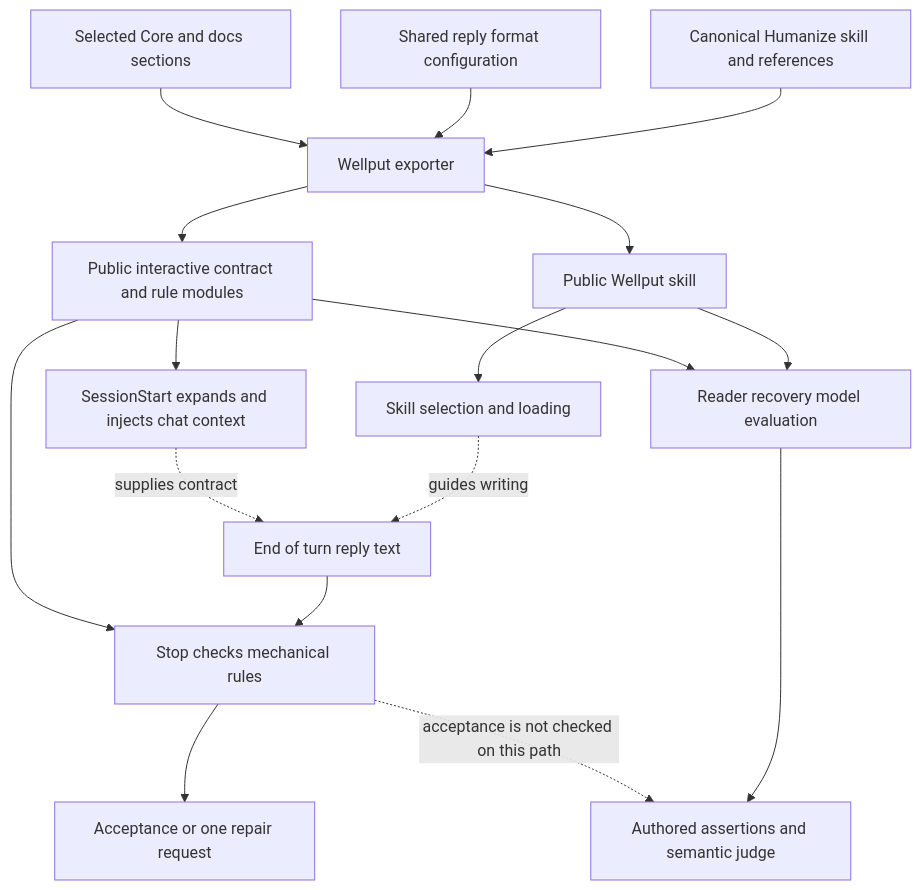
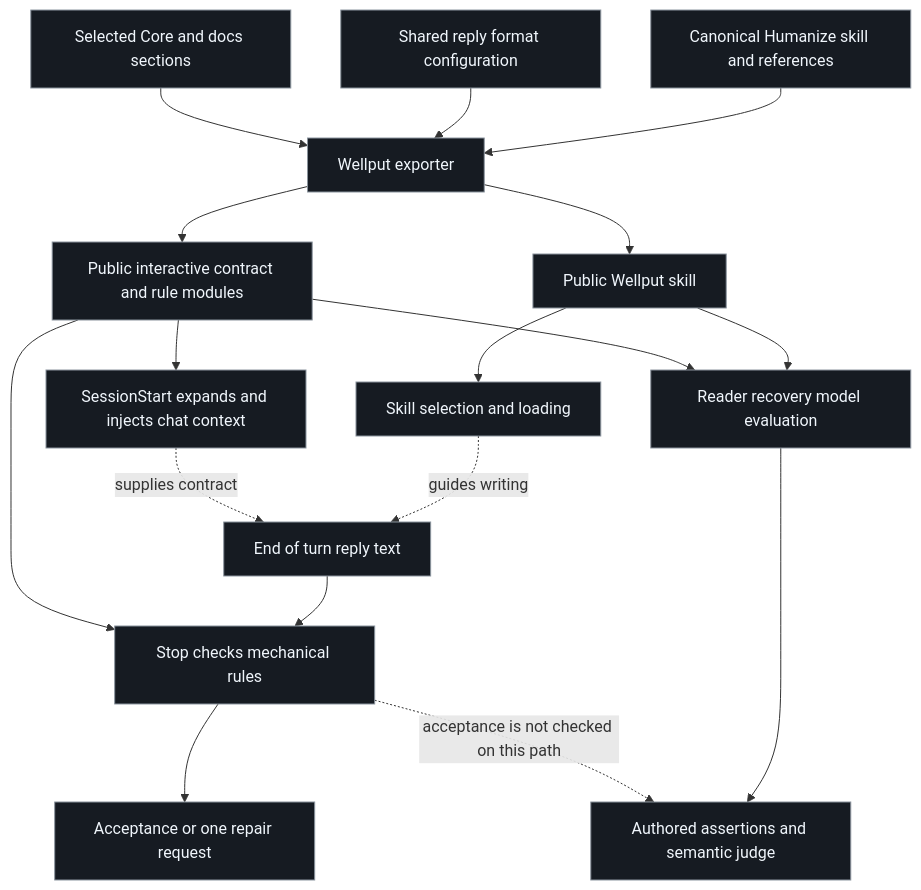
The diagram in agent-harness/agent-instructions/wellput-plugin/skill-audit/relationships.md (Castrozan/.dotfiles), drawn with Mermaid before and after one commit.

Commit message:
docs(wellput): improve audit diagram contrast
Agent-Machine: chise
Agent-Resume: codex resume 01a14c69-c86d-7852-a3d6-436312ba836e

````diff
--- a/agent-harness/agent-instructions/wellput-plugin/skill-audit/relationships.md
+++ b/agent-harness/agent-instructions/wellput-plugin/skill-audit/relationships.md
@@ -7,19 +7,20 @@
 ```mermaid
 flowchart TD
+  classDef default fill:#161b22,stroke:#8b949e,color:#f0f6fc
   Source[Canonical Humanize skill and references] --> Export[Wellput exporter]
   Config[Shared reply format configuration] --> Export
   Core[Selected Core and docs sections] --> Export
   Export --> Skill[Public Wellput skill]
   Export --> Chat[Public interactive contract and rule modules]
   Skill --> Load[Skill selection and loading]
   Chat --> Start[SessionStart expands and injects chat context]
   Reply[End of turn reply text] --> Stop[Stop checks mechanical rules]
   Load -. guides writing .-> Reply
   Start -. supplies contract .-> Reply
   Chat --> Stop
   Stop --> Feedback[Acceptance or one repair request]
   Skill --> Eval[Reader recovery model evaluation]
   Chat --> Eval
   Eval --> Judge[Authored assertions and semantic judge]
   Stop -. acceptance is not checked on this path .-> Judge
 ```
````
